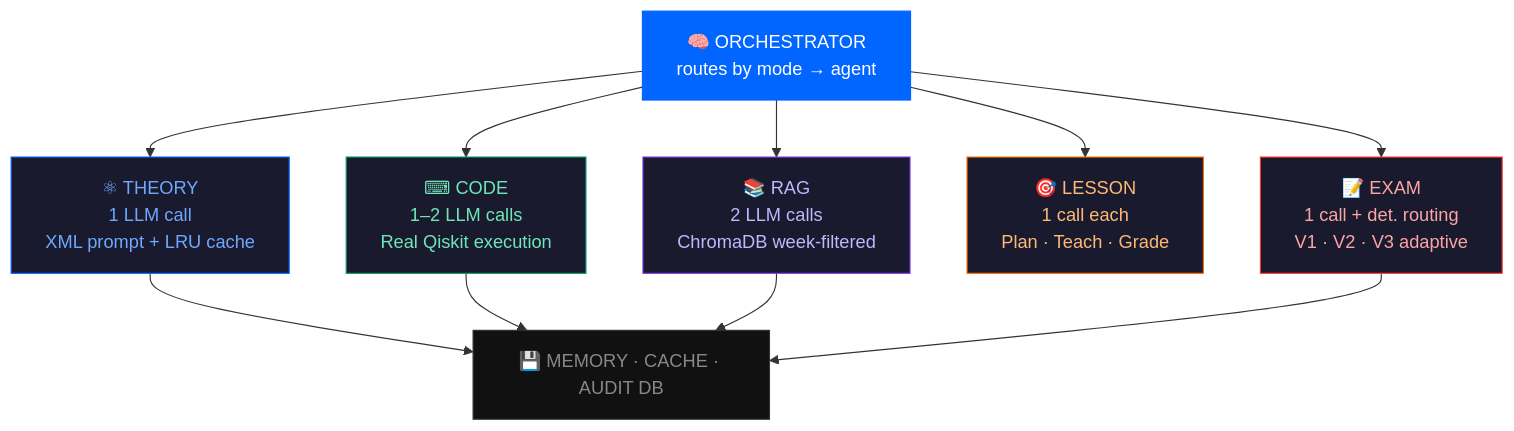
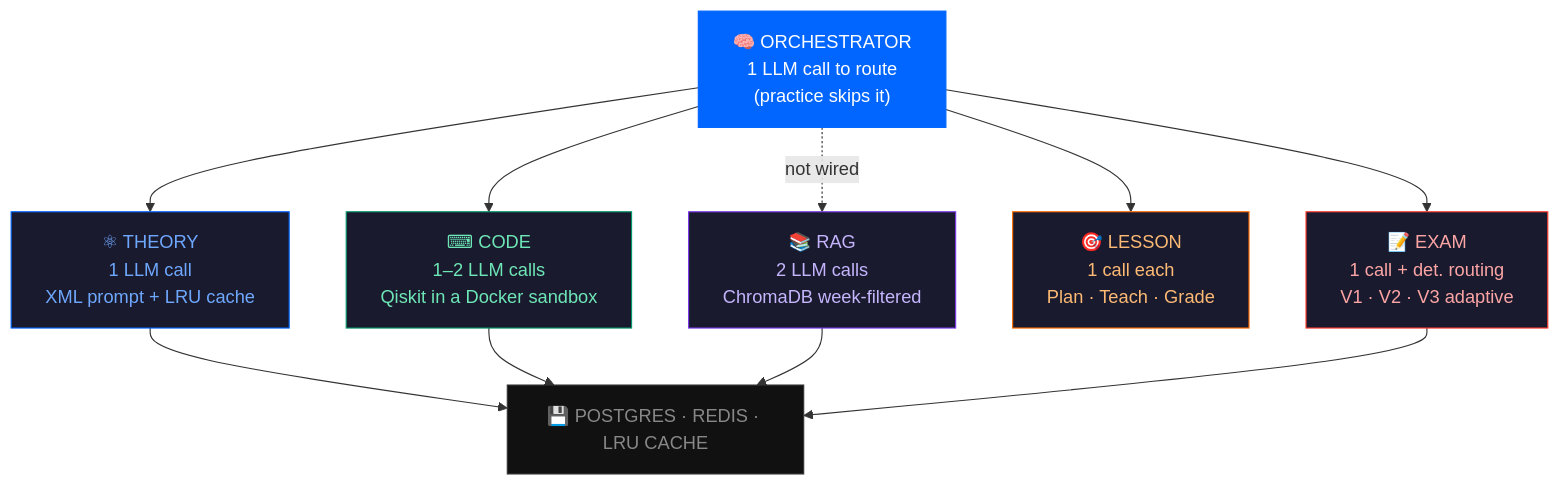
The diagram in README.md (asfandyar-prog/quantummind), drawn with Mermaid before and after one commit. The commit also changed other lines of this file, not shown here.

First line of the commit message:
docs: correct stale README claims against the current code

````diff
--- a/README.md
+++ b/README.md
@@ -67,23 +71,23 @@
 ```mermaid
 graph TD
-    ORC["🧠 ORCHESTRATOR<br/>routes by mode → agent"]
+    ORC["🧠 ORCHESTRATOR<br/>1 LLM call to route<br/>(practice skips it)"]
 
     ORC --> T["⚛ THEORY<br/>1 LLM call<br/>XML prompt + LRU cache"]
-    ORC --> C["⌨ CODE<br/>1–2 LLM calls<br/>Real Qiskit execution"]
-    ORC --> R["📚 RAG<br/>2 LLM calls<br/>ChromaDB week-filtered"]
+    ORC --> C["⌨ CODE<br/>1–2 LLM calls<br/>Qiskit in a Docker sandbox"]
+    ORC -.->|not wired| R["📚 RAG<br/>2 LLM calls<br/>ChromaDB week-filtered"]
     ORC --> L["🎯 LESSON<br/>1 call each<br/>Plan · Teach · Grade"]
     ORC --> E["📝 EXAM<br/>1 call + det. routing<br/>V1 · V2 · V3 adaptive"]
 
-    T --> MEM["💾 MEMORY · CACHE · AUDIT DB"]
+    T --> MEM["💾 POSTGRES · REDIS · LRU CACHE"]
     C --> MEM
     R --> MEM
     E --> MEM
 
     style ORC fill:#0066FF,color:#fff,stroke:#0066FF
     style T  fill:#1a1a2e,color:#6ea8fe,stroke:#0066FF
     style C  fill:#1a1a2e,color:#6ee7b7,stroke:#059669
     style R  fill:#1a1a2e,color:#c4b5fd,stroke:#7C3AED
     style L  fill:#1a1a2e,color:#fdba74,stroke:#FF6B00
     style E  fill:#1a1a2e,color:#fca5a5,stroke:#FF3B30
     style MEM fill:#111,color:#888,stroke:#333
 ```
````
